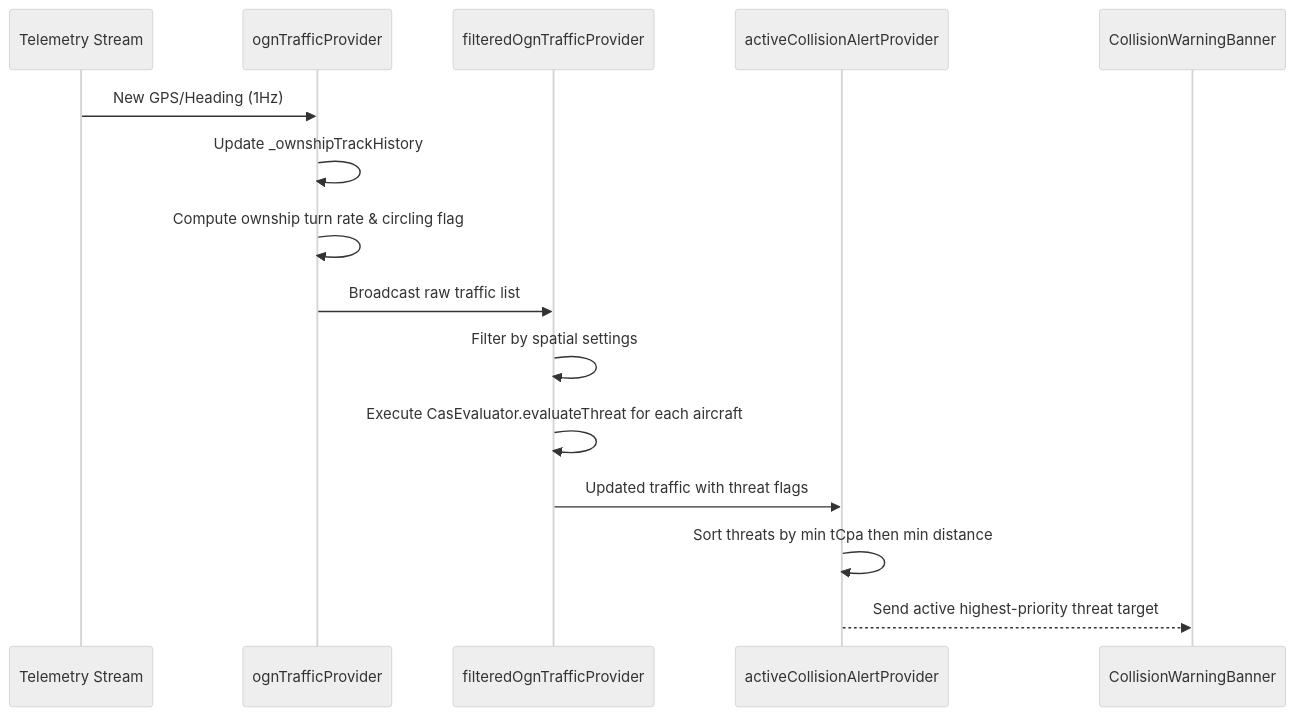
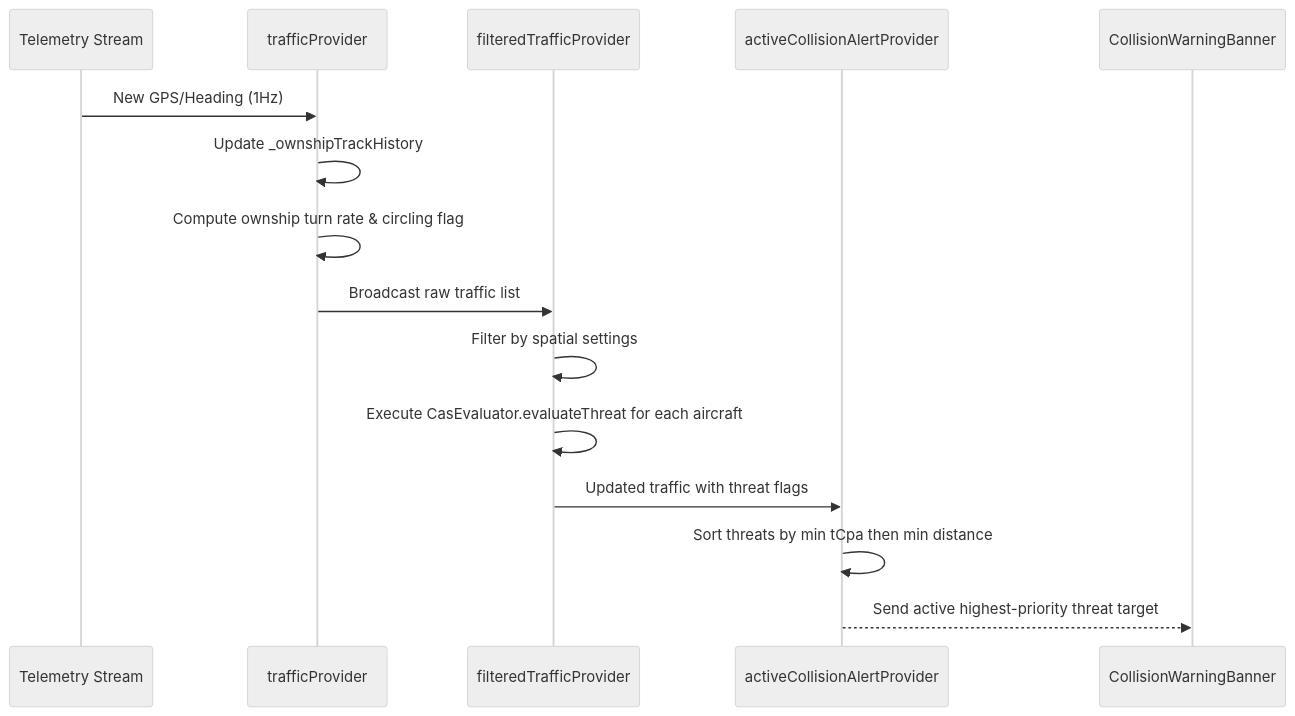
The second of 2 diagrams in documentation/features/collision-avoidance-system.md (jobes/stork), drawn with Mermaid (neutral theme) before and after one commit. The commit also changed other lines of this file and 4 other files, not shown here.

````diff
--- a/documentation/features/collision-avoidance-system.md
+++ b/documentation/features/collision-avoidance-system.md
@@ -115,18 +115,18 @@
 ```mermaid
 sequenceDiagram
     participant T as Telemetry Stream
-    participant P as ognTrafficProvider
-    participant F as filteredOgnTrafficProvider
+    participant P as trafficProvider
+    participant F as filteredTrafficProvider
     participant A as activeCollisionAlertProvider
     participant UI as CollisionWarningBanner
 
     T->>P: New GPS/Heading (1Hz)
     P->>P: Update _ownshipTrackHistory
     P->>P: Compute ownship turn rate & circling flag
     P->>F: Broadcast raw traffic list
     F->>F: Filter by spatial settings
     F->>F: Execute CasEvaluator.evaluateThreat for each aircraft
     F->>A: Updated traffic with threat flags
     A->>A: Sort threats by min tCpa then min distance
     A-->>UI: Send active highest-priority threat target
 ```
````
